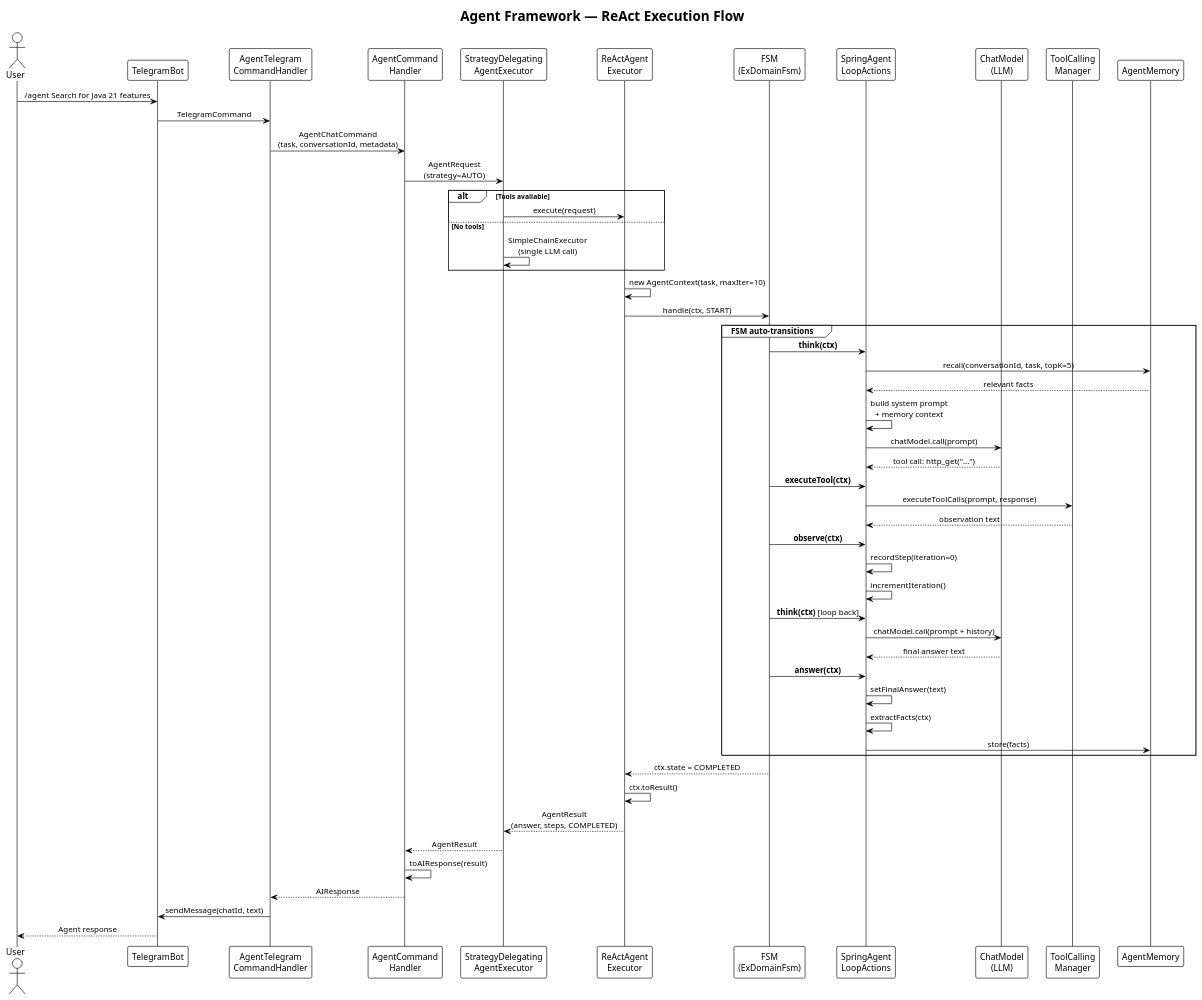
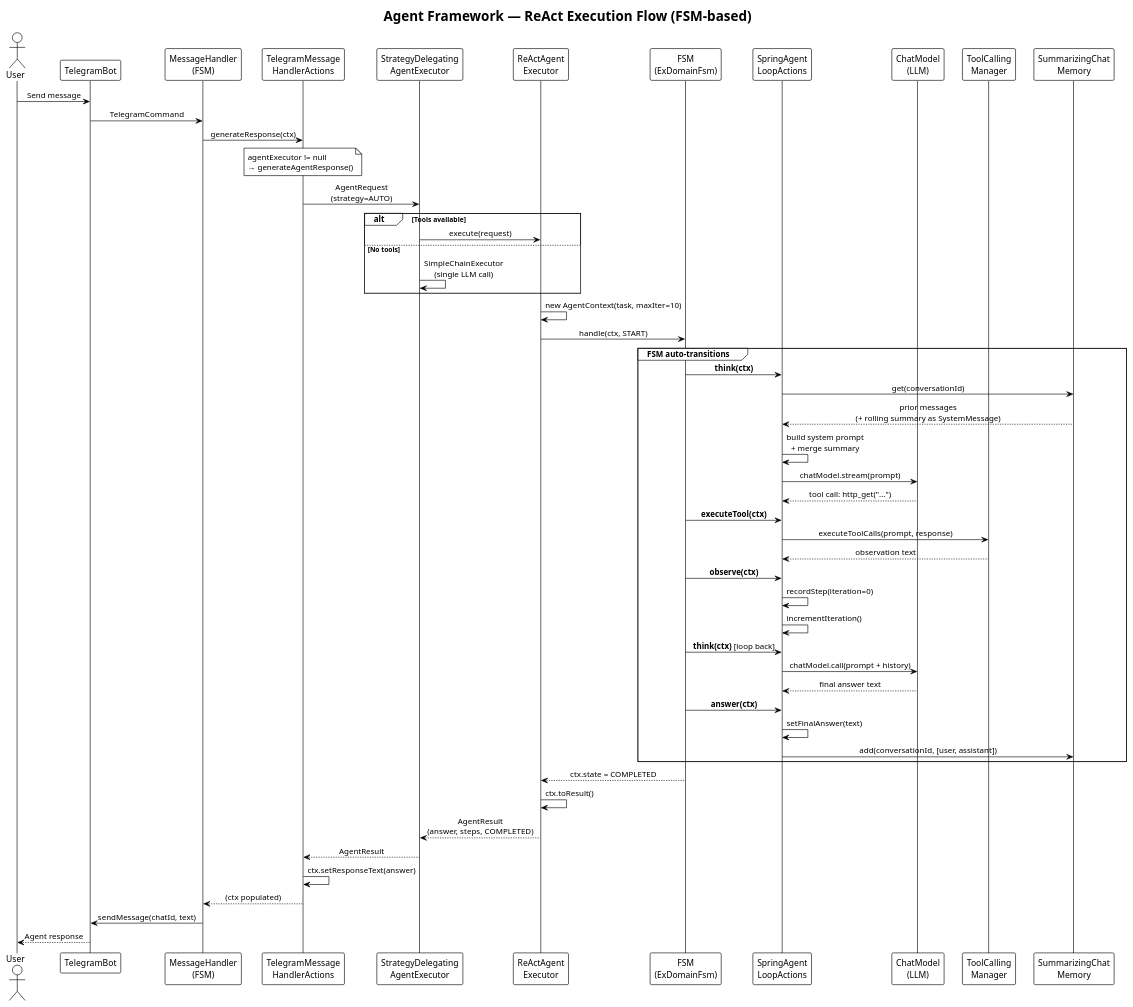
The diagram in docs/agent-sequence.puml (NGirchev/open-daimon), drawn with PlantUML before and after one commit. The commit also changed 315 other files, not shown here.

```diff
--- a/docs/agent-sequence.puml
+++ b/docs/agent-sequence.puml
@@ -1,69 +1,71 @@
 @startuml Agent ReAct Execution Sequence
 !theme plain
 skinparam backgroundColor white
 skinparam sequenceMessageAlign center
 
-title Agent Framework — ReAct Execution Flow
+title Agent Framework — ReAct Execution Flow (FSM-based)
 
 actor User
 participant "TelegramBot" as Bot
-participant "AgentTelegram\nCommandHandler" as TgHandler
-participant "AgentCommand\nHandler" as CmdHandler
+participant "MessageHandler\n(FSM)" as MsgHandler
+participant "TelegramMessage\nHandlerActions" as Actions
 participant "StrategyDelegating\nAgentExecutor" as Strategy
 participant "ReActAgent\nExecutor" as ReAct
 participant "FSM\n(ExDomainFsm)" as FSM
-participant "SpringAgent\nLoopActions" as Actions
+participant "SpringAgent\nLoopActions" as LoopActions
 participant "ChatModel\n(LLM)" as LLM
 participant "ToolCalling\nManager" as Tools
-participant "AgentMemory" as Memory
+participant "SummarizingChat\nMemory" as Memory
 
-User -> Bot: /agent Search for Java 21 features
-Bot -> TgHandler: TelegramCommand
-TgHandler -> CmdHandler: AgentChatCommand\n(task, conversationId, metadata)
-CmdHandler -> Strategy: AgentRequest\n(strategy=AUTO)
+User -> Bot: Send message
+Bot -> MsgHandler: TelegramCommand
+MsgHandler -> Actions: generateResponse(ctx)
+
+note over Actions: agentExecutor != null\n→ generateAgentResponse()
+
+Actions -> Strategy: AgentRequest\n(strategy=AUTO)
 
 alt Tools available
     Strategy -> ReAct: execute(request)
 else No tools
     Strategy -> Strategy: SimpleChainExecutor\n(single LLM call)
 end
 
 ReAct -> ReAct: new AgentContext(task, maxIter=10)
 ReAct -> FSM: handle(ctx, START)
 
 group FSM auto-transitions
-    FSM -> Actions: **think(ctx)**
-    Actions -> Memory: recall(conversationId, task, topK=5)
-    Memory --> Actions: relevant facts
-    Actions -> Actions: build system prompt\n+ memory context
-    Actions -> LLM: chatModel.call(prompt)
-    LLM --> Actions: tool call: http_get("...")
+    FSM -> LoopActions: **think(ctx)**
+    LoopActions -> Memory: get(conversationId)
+    Memory --> LoopActions: prior messages\n(+ rolling summary as SystemMessage)
+    LoopActions -> LoopActions: build system prompt\n+ merge summary
+    LoopActions -> LLM: chatModel.stream(prompt)
+    LLM --> LoopActions: tool call: http_get("...")
 
-    FSM -> Actions: **executeTool(ctx)**
-    Actions -> Tools: executeToolCalls(prompt, response)
-    Tools --> Actions: observation text
+    FSM -> LoopActions: **executeTool(ctx)**
+    LoopActions -> Tools: executeToolCalls(prompt, response)
+    Tools --> LoopActions: observation text
 
-    FSM -> Actions: **observe(ctx)**
-    Actions -> Actions: recordStep(iteration=0)
-    Actions -> Actions: incrementIteration()
+    FSM -> LoopActions: **observe(ctx)**
+    LoopActions -> LoopActions: recordStep(iteration=0)
+    LoopActions -> LoopActions: incrementIteration()
 
-    FSM -> Actions: **think(ctx)** [loop back]
-    Actions -> LLM: chatModel.call(prompt + history)
-    LLM --> Actions: final answer text
+    FSM -> LoopActions: **think(ctx)** [loop back]
+    LoopActions -> LLM: chatModel.call(prompt + history)
+    LLM --> LoopActions: final answer text
 
-    FSM -> Actions: **answer(ctx)**
-    Actions -> Actions: setFinalAnswer(text)
-    Actions -> Actions: extractFacts(ctx)
-    Actions -> Memory: store(facts)
+    FSM -> LoopActions: **answer(ctx)**
+    LoopActions -> LoopActions: setFinalAnswer(text)
+    LoopActions -> Memory: add(conversationId, [user, assistant])
 end
 
 FSM --> ReAct: ctx.state = COMPLETED
 ReAct -> ReAct: ctx.toResult()
 ReAct --> Strategy: AgentResult\n(answer, steps, COMPLETED)
-Strategy --> CmdHandler: AgentResult
-CmdHandler -> CmdHandler: toAIResponse(result)
-CmdHandler --> TgHandler: AIResponse
-TgHandler -> Bot: sendMessage(chatId, text)
+Strategy --> Actions: AgentResult
+Actions -> Actions: ctx.setResponseText(answer)
+Actions --> MsgHandler: (ctx populated)
+MsgHandler -> Bot: sendMessage(chatId, text)
 Bot --> User: Agent response
 
 @enduml
```
